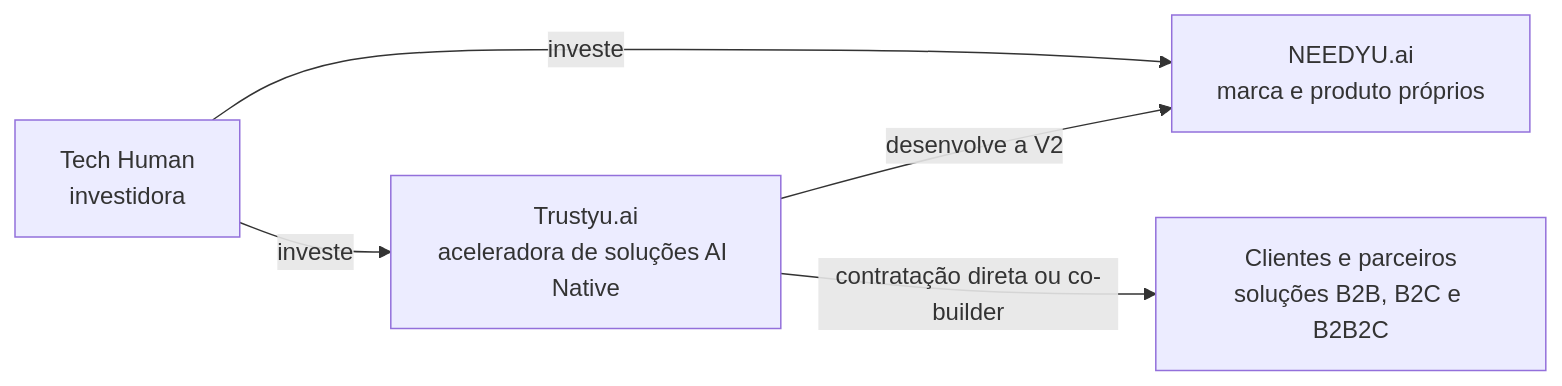
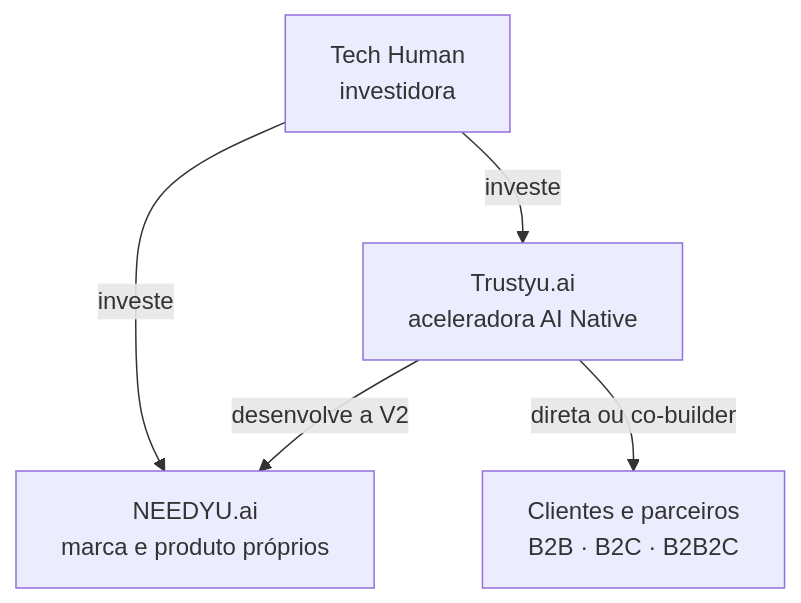
Before and after one commit to needyuai/.github: the diagram in profile/README.md, drawn with Mermaid.

Commit message:
docs(profile): stack the ecosystem diagram vertically to fit narrow columns

````diff
--- a/profile/README.md
+++ b/profile/README.md
@@ -22,7 +22,7 @@
 ```mermaid
-flowchart LR
-    TH["Tech Human<br/>investidora"] -->|investe| T["Trustyu.ai<br/>aceleradora de soluções AI Native"]
+flowchart TB
+    TH["Tech Human<br/>investidora"] -->|investe| T["Trustyu.ai<br/>aceleradora AI Native"]
     TH -->|investe| N["NEEDYU.ai<br/>marca e produto próprios"]
     T -->|desenvolve a V2| N
-    T -->|contratação direta ou co-builder| C["Clientes e parceiros<br/>soluções B2B, B2C e B2B2C"]
+    T -->|direta ou co-builder| C["Clientes e parceiros<br/>B2B · B2C · B2B2C"]
 ```
````
